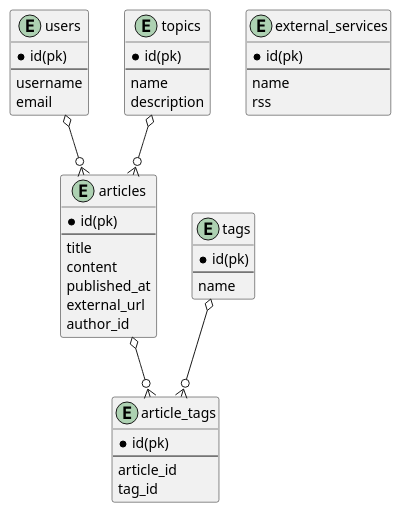
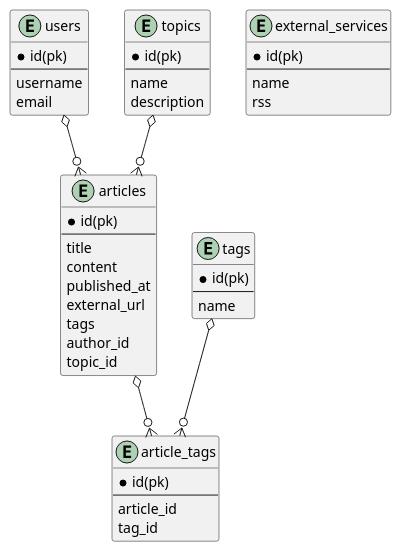
One commit to nozomi-iida/dep-nozo_blog changed the diagram in go_api/er/nozo_blog_api.wsd. Above: the diagram before and after it, drawn with PlantUML. The commit also changed 7 other files, not shown here.

```diff
--- a/go_api/er/nozo_blog_api.wsd
+++ b/go_api/er/nozo_blog_api.wsd
@@ -1,52 +1,54 @@
 @startuml slack
 
 entity users {
   *id(pk)
   --
   username
   email
 }
 
 entity articles {
   *id(pk)
   --
   title
   content
   published_at
   external_url
+  tags
   author_id
+  topic_id
 }
 
 entity topics {
   *id(pk)
   --
   name
   description
 }
 
 entity tags {
   *id(pk)
   --
   name
 }
 
 entity article_tags {
   *id(pk)
   --
   article_id
   tag_id
 }
 
 entity external_services {
   *id(pk)
   --
   name
   rss
 }
 
 users o--o{ articles
 topics o--o{ articles
 articles o--o{ article_tags
 tags o--o{ article_tags
 
 @enduml
```
